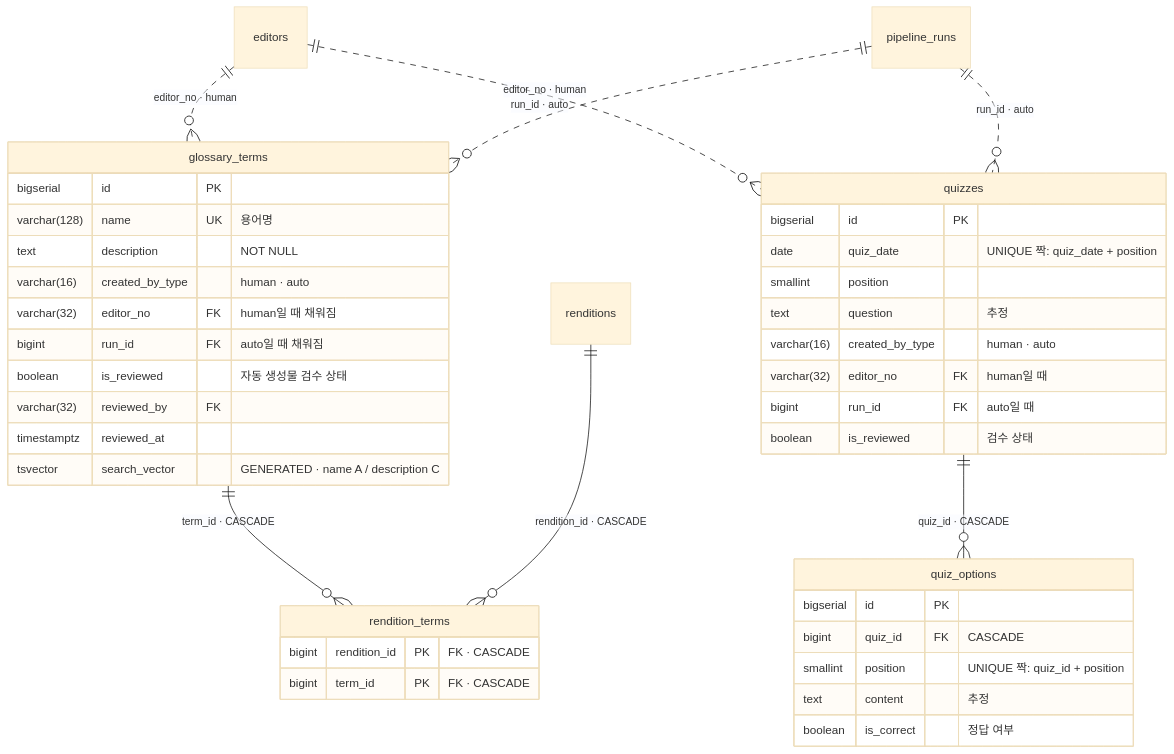
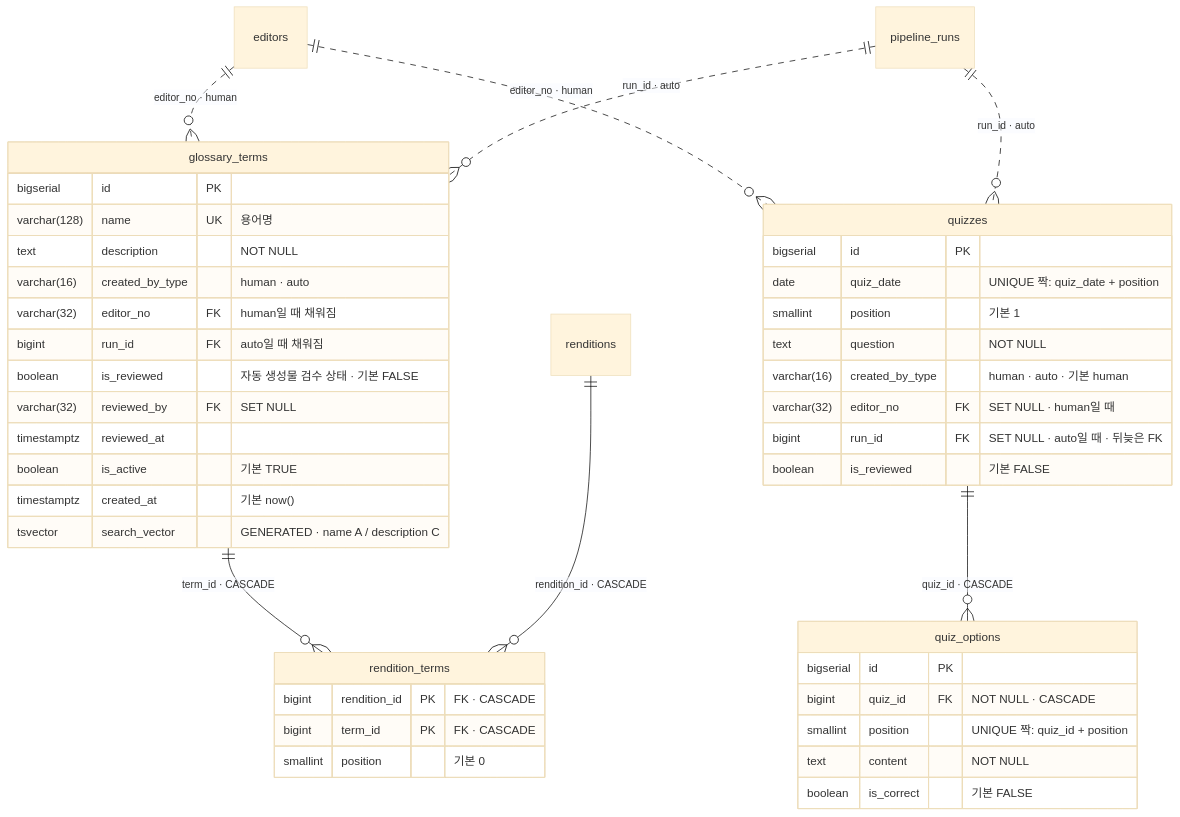
The diagram in docs/architecture/lens-erd-src/05-extras.mmd (sedaily-ai/AILENS), drawn with Mermaid (base theme) before and after one commit. The commit also changed 14 other files, not shown here.

First line of the commit message:
docs(db): 원본 lens_schema.sql 확보 후 ERD 전체 대조·정정

```diff
--- a/docs/architecture/lens-erd-src/05-extras.mmd
+++ b/docs/architecture/lens-erd-src/05-extras.mmd
@@ -1,42 +1,46 @@
 erDiagram
   glossary_terms {
     bigserial id PK
     varchar(128) name UK "용어명"
     text description "NOT NULL"
     varchar(16) created_by_type "human · auto"
     varchar(32) editor_no FK "human일 때 채워짐"
     bigint run_id FK "auto일 때 채워짐"
-    boolean is_reviewed "자동 생성물 검수 상태"
-    varchar(32) reviewed_by FK
+    boolean is_reviewed "자동 생성물 검수 상태 · 기본 FALSE"
+    varchar(32) reviewed_by FK "SET NULL"
     timestamptz reviewed_at
+    boolean is_active "기본 TRUE"
+    timestamptz created_at "기본 now()"
     tsvector search_vector "GENERATED · name A / description C"
   }
+  %% CHECK: created_by_type='human'이면 editor_no NOT NULL, 'auto'면 run_id NOT NULL
   rendition_terms {
     bigint rendition_id PK "FK · CASCADE"
     bigint term_id PK "FK · CASCADE"
+    smallint position "기본 0"
   }
   quizzes {
     bigserial id PK
     date quiz_date "UNIQUE 짝: quiz_date + position"
-    smallint position
-    text question "추정"
-    varchar(16) created_by_type "human · auto"
-    varchar(32) editor_no FK "human일 때"
-    bigint run_id FK "auto일 때"
-    boolean is_reviewed "검수 상태"
+    smallint position "기본 1"
+    text question "NOT NULL"
+    varchar(16) created_by_type "human · auto · 기본 human"
+    varchar(32) editor_no FK "SET NULL · human일 때"
+    bigint run_id FK "SET NULL · auto일 때 · 뒤늦은 FK"
+    boolean is_reviewed "기본 FALSE"
   }
   quiz_options {
     bigserial id PK
-    bigint quiz_id FK "CASCADE"
+    bigint quiz_id FK "NOT NULL · CASCADE"
     smallint position "UNIQUE 짝: quiz_id + position"
-    text content "추정"
-    boolean is_correct "정답 여부"
+    text content "NOT NULL"
+    boolean is_correct "기본 FALSE"
   }
 
   glossary_terms ||--o{ rendition_terms : "term_id · CASCADE"
   renditions ||--o{ rendition_terms : "rendition_id · CASCADE"
   quizzes ||--o{ quiz_options : "quiz_id · CASCADE"
   editors ||..o{ glossary_terms : "editor_no · human"
   pipeline_runs ||..o{ glossary_terms : "run_id · auto"
   editors ||..o{ quizzes : "editor_no · human"
   pipeline_runs ||..o{ quizzes : "run_id · auto"
```
